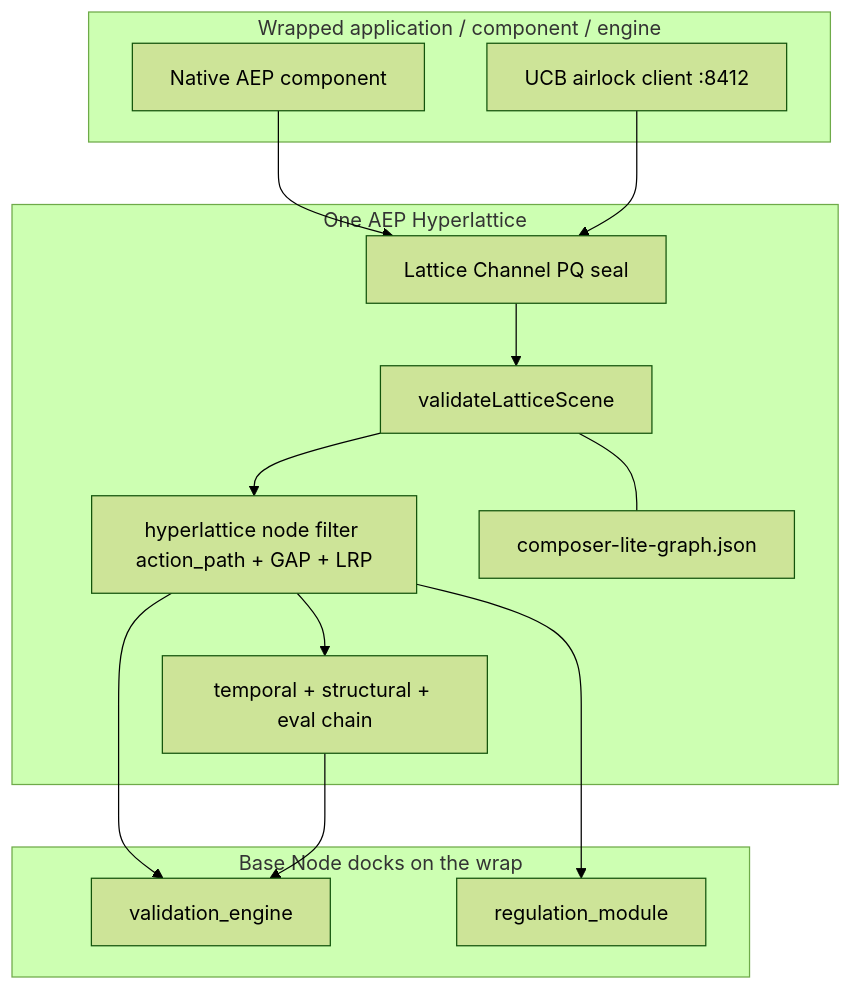
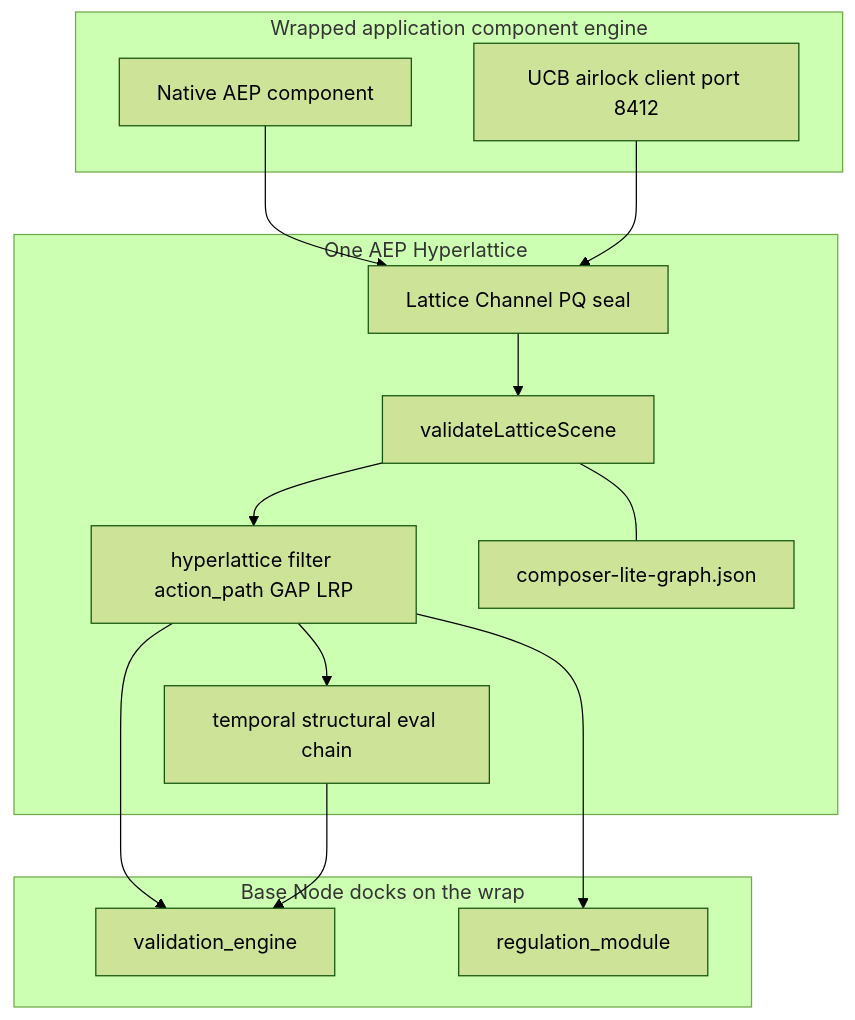
The second of 3 diagrams in README.md (thePM001/AEP-agent-element-protocol), drawn with Mermaid (forest theme) before and after one commit. The commit also changed other lines of this file, not shown here.

First line of the commit message:
fix(docs): make README mermaid diagrams GitHub-compatible

````diff
--- a/README.md
+++ b/README.md
@@ -627,28 +627,28 @@
 ```mermaid
 flowchart TB
-  subgraph systems [Wrapped application / component / engine]
-    APP[Native AEP component]
-    UCB[UCB airlock client :8412]
+  subgraph SYSTEMS[Wrapped application component engine]
+    APP["Native AEP component"]
+    UCB["UCB airlock client port 8412"]
   end
 
-  subgraph HL [One AEP Hyperlattice]
-    LC[Lattice Channel PQ seal]
-    VAL[validateLatticeScene]
-    FIL[hyperlattice node filter action_path + GAP + LRP]
-    PIPE[temporal + structural + eval chain]
-    CANVAS[composer-lite-graph.json]
+  subgraph HL[One AEP Hyperlattice]
+    LC["Lattice Channel PQ seal"]
+    VAL["validateLatticeScene"]
+    FIL["hyperlattice filter action_path GAP LRP"]
+    PIPE["temporal structural eval chain"]
+    CANVAS["composer-lite-graph.json"]
   end
 
-  subgraph docks [Base Node docks on the wrap]
-    VE[validation_engine]
-    RM[regulation_module]
+  subgraph DOCKS[Base Node docks on the wrap]
+    VE["validation_engine"]
+    RM["regulation_module"]
   end
 
   APP --> LC
   UCB --> LC
   LC --> VAL --> FIL --> PIPE
   VAL --- CANVAS
   FIL --> VE
   PIPE --> VE
   FIL --> RM
 ```
````
